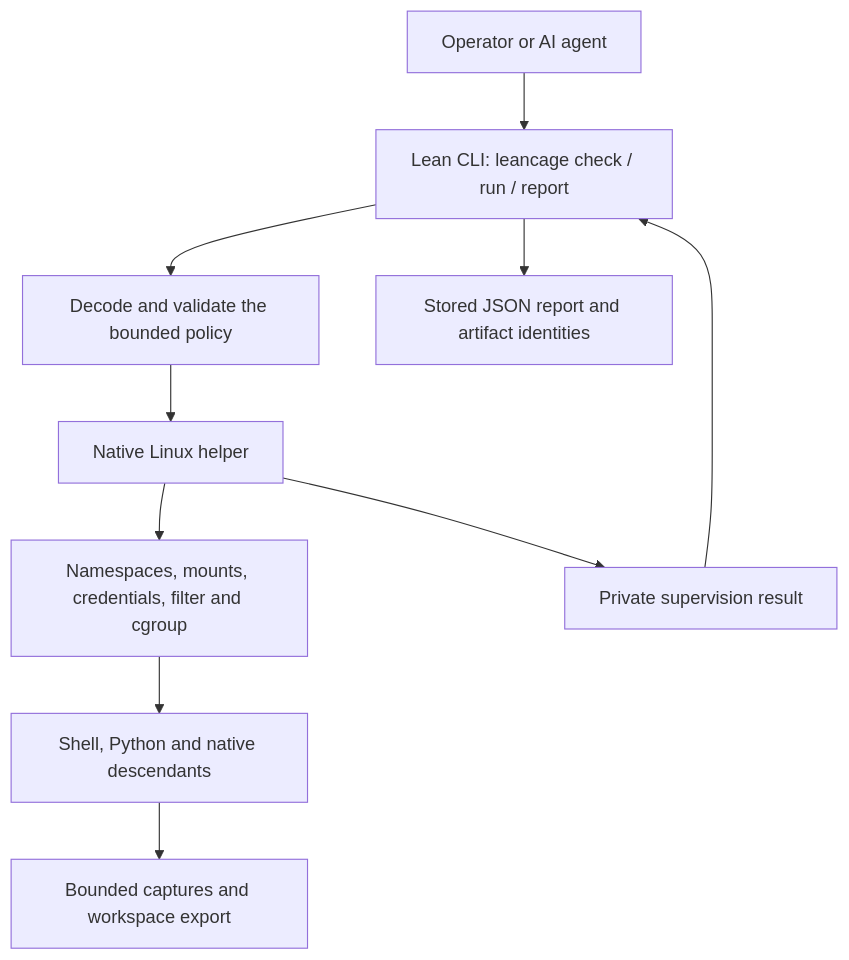
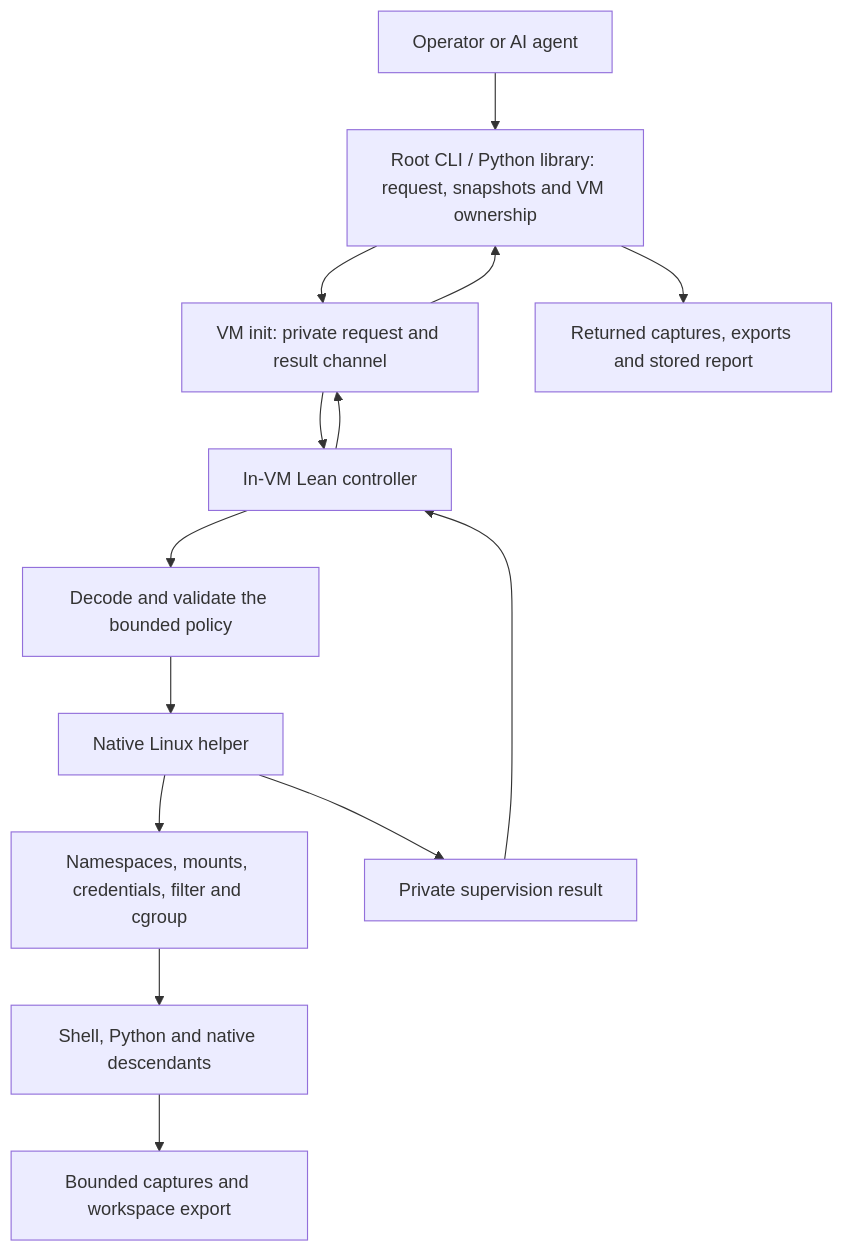
The diagram in docs/architecture/AR-product.md (Lemmy00/lean-cage), drawn with Mermaid before and after one commit. The commit also changed other lines of this file and 9 other files, not shown here.

````diff
--- a/docs/architecture/AR-product.md
+++ b/docs/architecture/AR-product.md
@@ -19,12 +19,16 @@
 ```mermaid
 flowchart TD
-  caller["Operator or AI agent"] --> cli["Lean CLI: leancage check / run / report"]
+  caller["Operator or AI agent"] --> host["Root CLI / Python library: request, snapshots and VM ownership"]
+  host --> vm["VM init: private request and result channel"]
+  vm --> cli["In-VM Lean controller"]
   cli --> policy["Decode and validate the bounded policy"]
   policy --> helper["Native Linux helper"]
   helper --> setup["Namespaces, mounts, credentials, filter and cgroup"]
   setup --> guest["Shell, Python and native descendants"]
   guest --> output["Bounded captures and workspace export"]
   helper --> result["Private supervision result"]
   result --> cli
-  cli --> stored["Stored JSON report and artifact identities"]
+  cli --> vm
+  vm --> host
+  host --> stored["Returned captures, exports and stored report"]
 ```
````
